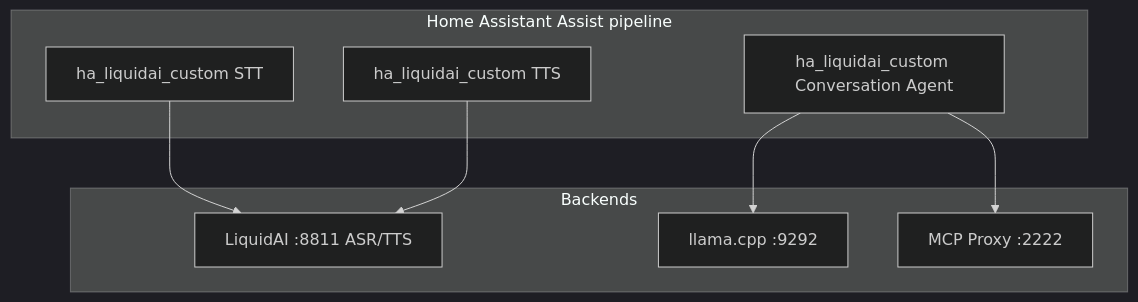
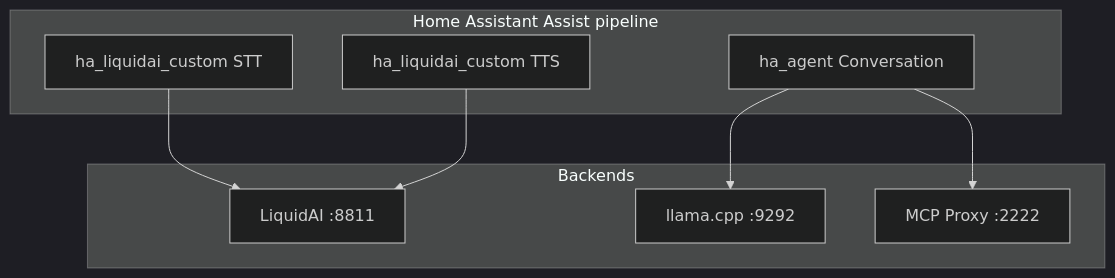
One commit to holger81/ha_liquidai changed the diagram in PLAN.md. Above: the diagram before and after it, drawn with Mermaid (dark theme). The commit also changed other lines of this file and 19 other files, not shown here.

First line of the commit message:
Scope LiquidAI integration to STT and TTS only.

````diff
--- a/PLAN.md
+++ b/PLAN.md
@@ -32,19 +18,19 @@
 ```mermaid
 flowchart TB
   subgraph HA["Home Assistant Assist pipeline"]
     STT["ha_liquidai_custom STT"]
-    Agent["ha_liquidai_custom Conversation Agent"]
+    Agent["ha_agent Conversation"]
     TTS["ha_liquidai_custom TTS"]
   end
 
   subgraph Backends
-    LAI["LiquidAI :8811 ASR/TTS"]
+    LAI["LiquidAI :8811"]
     LLM["llama.cpp :9292"]
     MCP["MCP Proxy :2222"]
   end
 
   STT --> LAI
   Agent --> LLM
   Agent --> MCP
   TTS --> LAI
 ```
````
